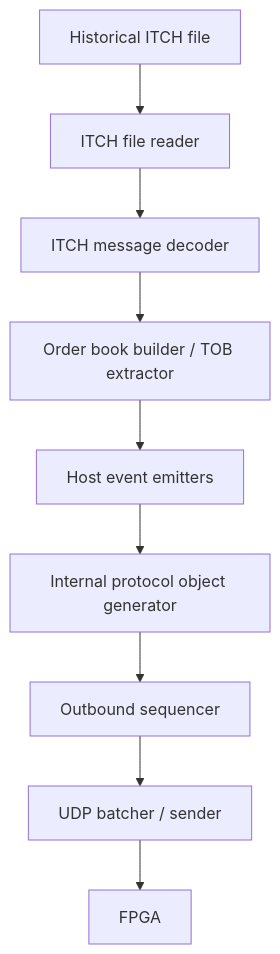
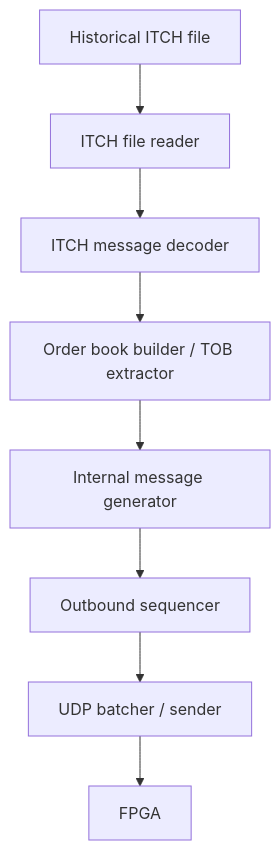
One commit to darrenwae/FPGA-market-gateway changed the diagram in docs/host_architecture_v0.md. Above: the diagram before and after it, drawn with Mermaid. The commit also changed other lines of this file, not shown here.

Commit message:
updated the host architecture

````diff
--- a/docs/host_architecture_v0.md
+++ b/docs/host_architecture_v0.md
@@ -11,21 +11,19 @@
 ```mermaid
 flowchart TB
     A[Historical ITCH file]
     B[ITCH file reader]
     C[ITCH message decoder]
     D[Order book builder / TOB extractor]
-    E[Host event emitters]
-    F[Internal protocol object generator]
-    G[Outbound sequencer]
-    H[UDP batcher / sender]
-    I[FPGA]
+    E[Internal message generator]
+    F[Outbound sequencer]
+    G[UDP batcher / sender]
+    H[FPGA]
 
     A --> B
     B --> C
     C --> D
     D --> E
     E --> F
     F --> G
     G --> H
-    H --> I
 ```
````
